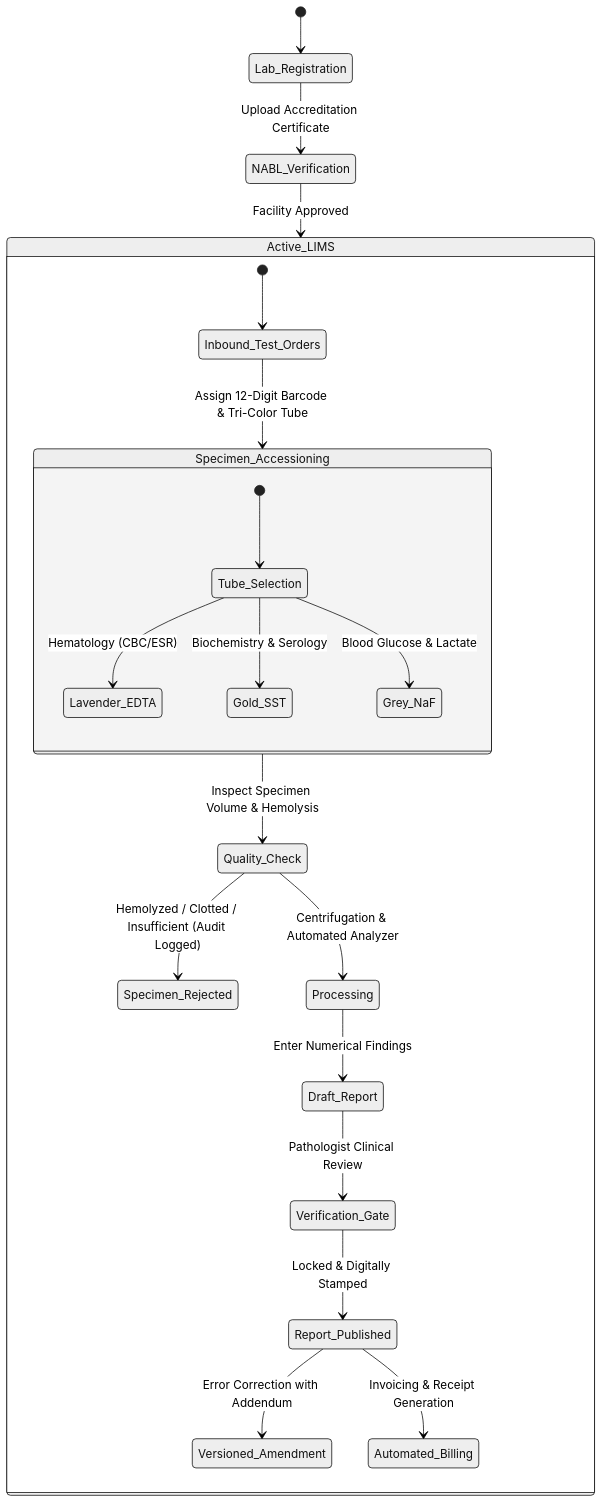
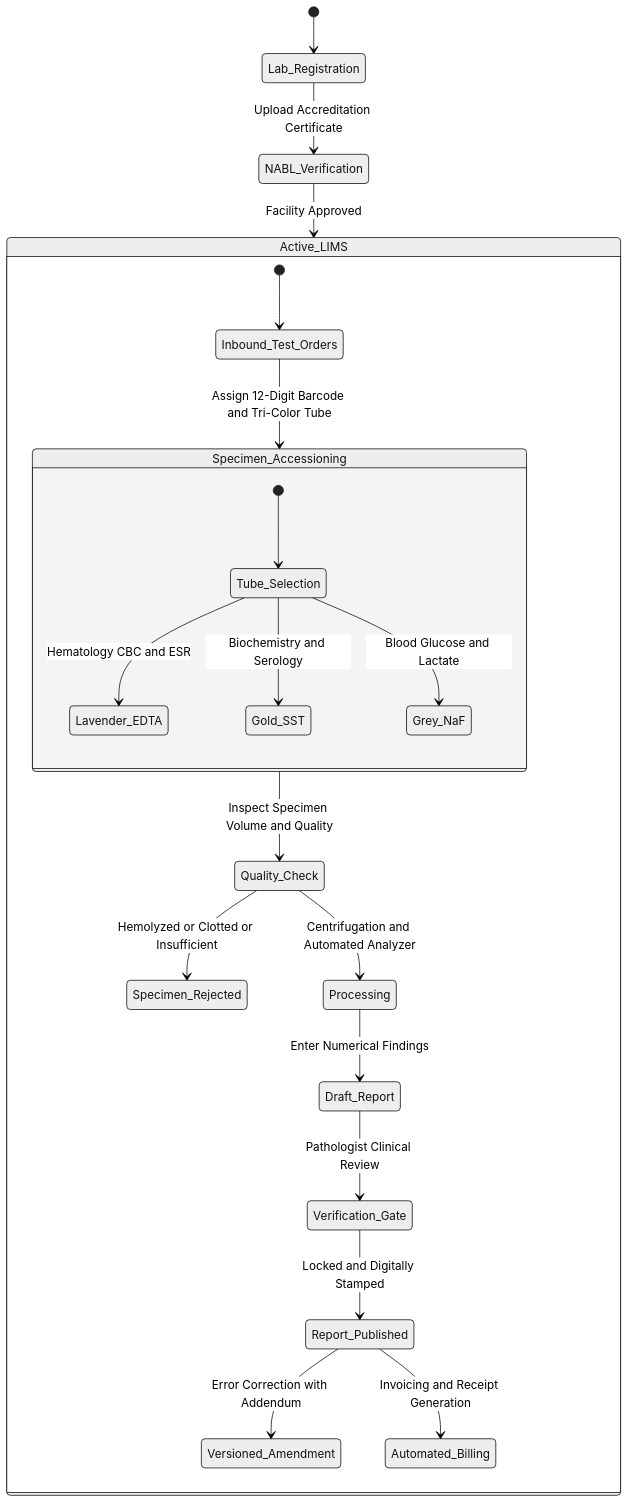
One commit to yashasvi202006/WIDA changed the fourth of 6 diagrams in README.md. Above: the diagram before and after it, drawn with Mermaid (neutral theme). The commit also changed other lines of this file, not shown here.

Commit message:
fix(docs): eliminate semicolons and special characters across all Mermaid diagrams

````diff
--- a/README.md
+++ b/README.md
@@ -285,29 +285,29 @@
 ```mermaid
 stateDiagram-v2
     [*] --> Lab_Registration
     Lab_Registration --> NABL_Verification: Upload Accreditation Certificate
     NABL_Verification --> Active_LIMS: Facility Approved
     
     state Active_LIMS {
         [*] --> Inbound_Test_Orders
-        Inbound_Test_Orders --> Specimen_Accessioning: Assign 12-Digit Barcode & Tri-Color Tube
+        Inbound_Test_Orders --> Specimen_Accessioning: Assign 12-Digit Barcode and Tri-Color Tube
         
         state Specimen_Accessioning {
             [*] --> Tube_Selection
-            Tube_Selection --> Lavender_EDTA: Hematology (CBC/ESR)
-            Tube_Selection --> Gold_SST: Biochemistry & Serology
-            Tube_Selection --> Grey_NaF: Blood Glucose & Lactate
+            Tube_Selection --> Lavender_EDTA: Hematology CBC and ESR
+            Tube_Selection --> Gold_SST: Biochemistry and Serology
+            Tube_Selection --> Grey_NaF: Blood Glucose and Lactate
         }
         
-        Specimen_Accessioning --> Quality_Check: Inspect Specimen Volume & Hemolysis
-        Quality_Check --> Specimen_Rejected: Hemolyzed / Clotted / Insufficient (Audit Logged)
-        Quality_Check --> Processing: Centrifugation & Automated Analyzer
+        Specimen_Accessioning --> Quality_Check: Inspect Specimen Volume and Quality
+        Quality_Check --> Specimen_Rejected: Hemolyzed or Clotted or Insufficient
+        Quality_Check --> Processing: Centrifugation and Automated Analyzer
         
         Processing --> Draft_Report: Enter Numerical Findings
         Draft_Report --> Verification_Gate: Pathologist Clinical Review
-        Verification_Gate --> Report_Published: Locked & Digitally Stamped
+        Verification_Gate --> Report_Published: Locked and Digitally Stamped
         
         Report_Published --> Versioned_Amendment: Error Correction with Addendum
-        Report_Published --> Automated_Billing: Invoicing & Receipt Generation
+        Report_Published --> Automated_Billing: Invoicing and Receipt Generation
     }
 ```
````
